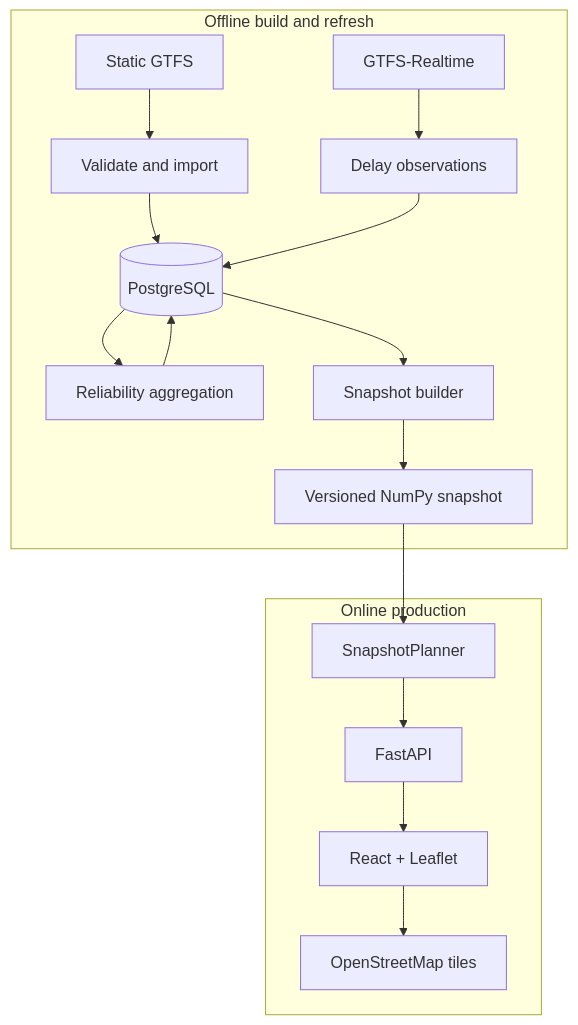
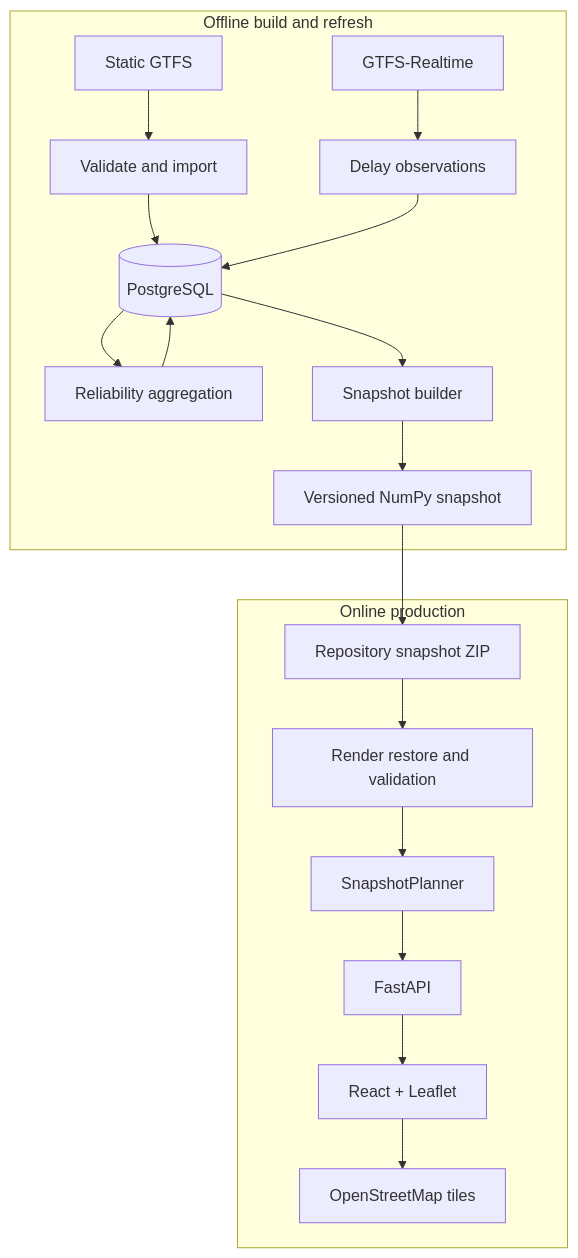
Before and after one commit to Ramtin-Mandom/Vancouver-Transit-Planner: the diagram in docs/architecture.md, drawn with Mermaid. The commit also changed other lines of this file and 11 other files, not shown here.

````diff
--- a/docs/architecture.md
+++ b/docs/architecture.md
@@ -9,20 +9,22 @@
 ```mermaid
 flowchart TB
   subgraph Pipeline["Offline build and refresh"]
     Static["Static GTFS"] --> Validate["Validate and import"]
     Realtime["GTFS-Realtime"] --> Observe["Delay observations"]
     Validate --> DB[("PostgreSQL")]
     Observe --> DB
     DB --> Profiles["Reliability aggregation"]
     Profiles --> DB
     DB --> Builder["Snapshot builder"]
     Builder --> Artifact["Versioned NumPy snapshot"]
   end
 
   subgraph Production["Online production"]
-    Artifact --> Planner["SnapshotPlanner"]
+    Artifact --> Archive["Repository snapshot ZIP"]
+    Archive --> Restore["Render restore and validation"]
+    Restore --> Planner["SnapshotPlanner"]
     Planner --> API["FastAPI"]
     API --> Frontend["React + Leaflet"]
     Frontend --> Tiles["OpenStreetMap tiles"]
   end
 ```
````
